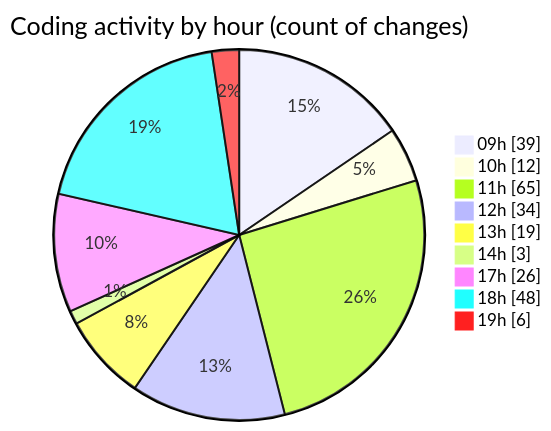
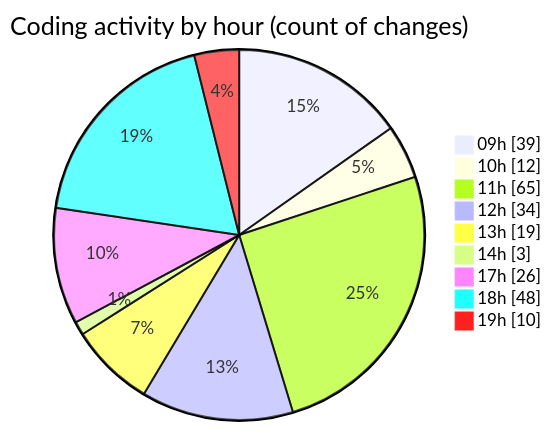
One commit to momahboobian/code-tracking changed the second of 2 diagrams in 2025-03-04/cda/README.md. Above: the diagram before and after it, drawn with Mermaid. The commit also changed other lines of this file and 1 other file, not shown here.

````diff
--- a/2025-03-04/cda/README.md
+++ b/2025-03-04/cda/README.md
@@ -38,13 +38,13 @@
 ```mermaid
 pie showData
 title Coding activity by hour (count of changes)
 "09h" : 39
 "10h" : 12
 "11h" : 65
 "12h" : 34
 "13h" : 19
 "14h" : 3
 "17h" : 26
 "18h" : 48
-"19h" : 6
+"19h" : 10
 ```
````
